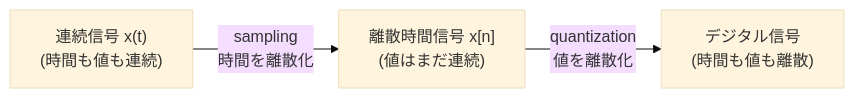
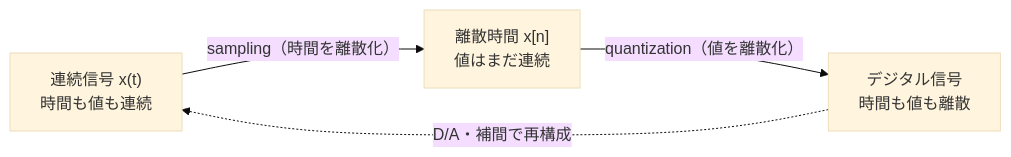
Before and after one commit to ksterx/textbook: the diagram in docs/audio/01-digital-audio-basics.md, drawn with Mermaid (base theme). The commit also changed other lines of this file and 9 other files, not shown here.

First line of the commit message:
参照稿の設計知見を移植: 深さ基準・章テンプレ拡張・ビジュアル統一・Canvas図

````diff
--- a/docs/audio/01-digital-audio-basics.md
+++ b/docs/audio/01-digital-audio-basics.md
@@ -31,5 +46,6 @@
 ```mermaid
 flowchart LR
-  A["連続信号 x(t)<br/>(時間も値も連続)"] -->|sampling<br/>時間を離散化| B["離散時間信号 x[n]<br/>(値はまだ連続)"]
-  B -->|quantization<br/>値を離散化| C["デジタル信号<br/>(時間も値も離散)"]
+  A["連続信号 x(t)<br/>時間も値も連続"] -->|"sampling（時間を離散化）"| B["離散時間 x[n]<br/>値はまだ連続"]
+  B -->|"quantization（値を離散化）"| C["デジタル信号<br/>時間も値も離散"]
+  C -.->|"D/A・補間で再構成"| A
 ```
````
